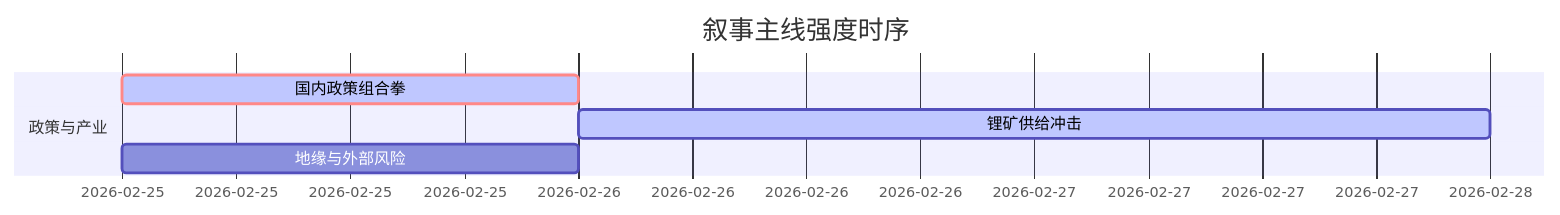
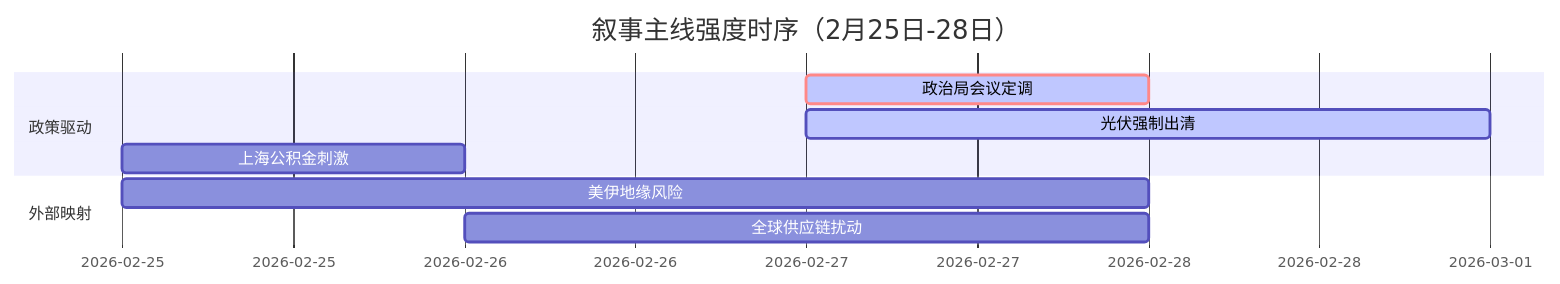
The diagram in 5day_report.md (uu5zn/uu5zn.github.io), drawn with Mermaid before and after one commit. The commit also changed other lines of this file and 2 other files, not shown here.

````diff
--- a/5day_report.md
+++ b/5day_report.md
@@ -54,9 +56,13 @@
 ```mermaid
 gantt
-    title 叙事主线强度时序
+    title 叙事主线强度时序（2月25日-28日）
     dateFormat  YYYY-MM-DD
-    section 政策与产业
-    国内政策组合拳   :crit, active, 2026-02-25, 1d
-    锂矿供给冲击     :active, 2026-02-26, 2d
-    地缘与外部风险   :2026-02-25, 1d
+    section 政策驱动
+    政治局会议定调   :crit, active, 2026-02-27, 1d
+    光伏强制出清   :active, 2026-02-27, 2d
+    上海公积金刺激   :2026-02-25, 1d
+    
+    section 外部映射
+    美伊地缘风险   :2026-02-25, 3d
+    全球供应链扰动   :2026-02-26, 2d
 ```
````
